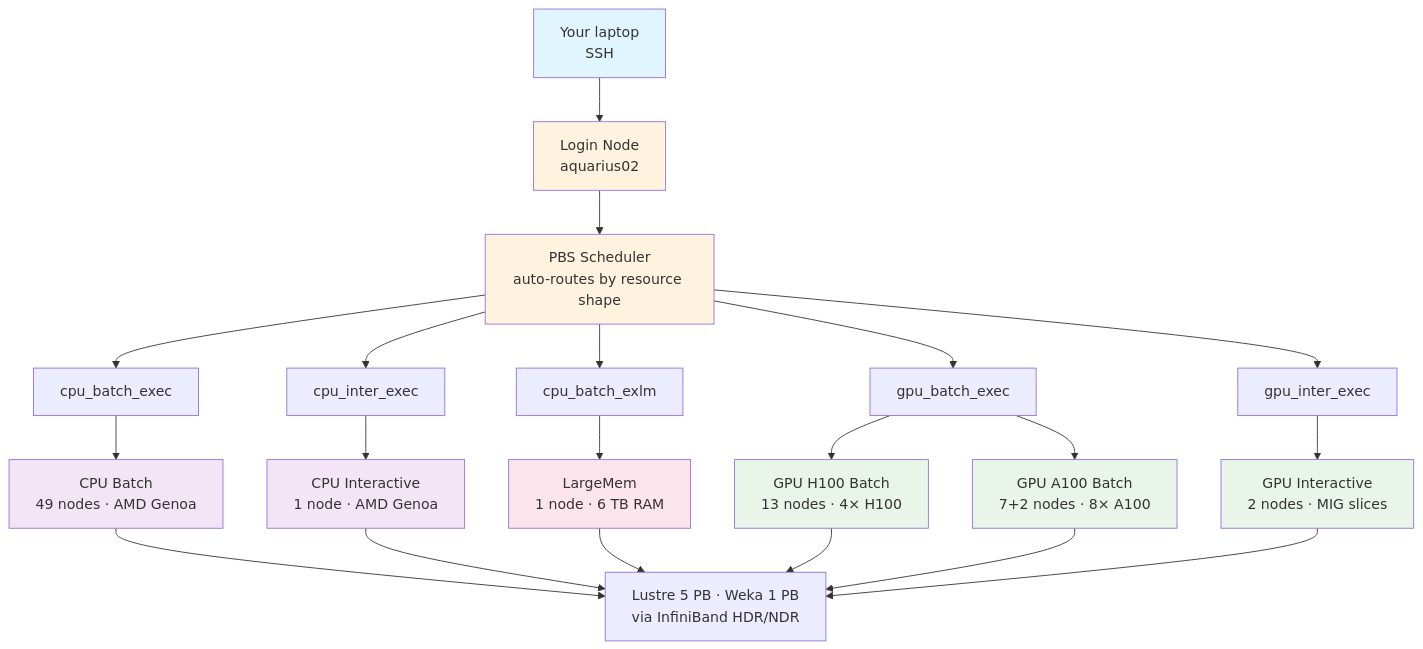
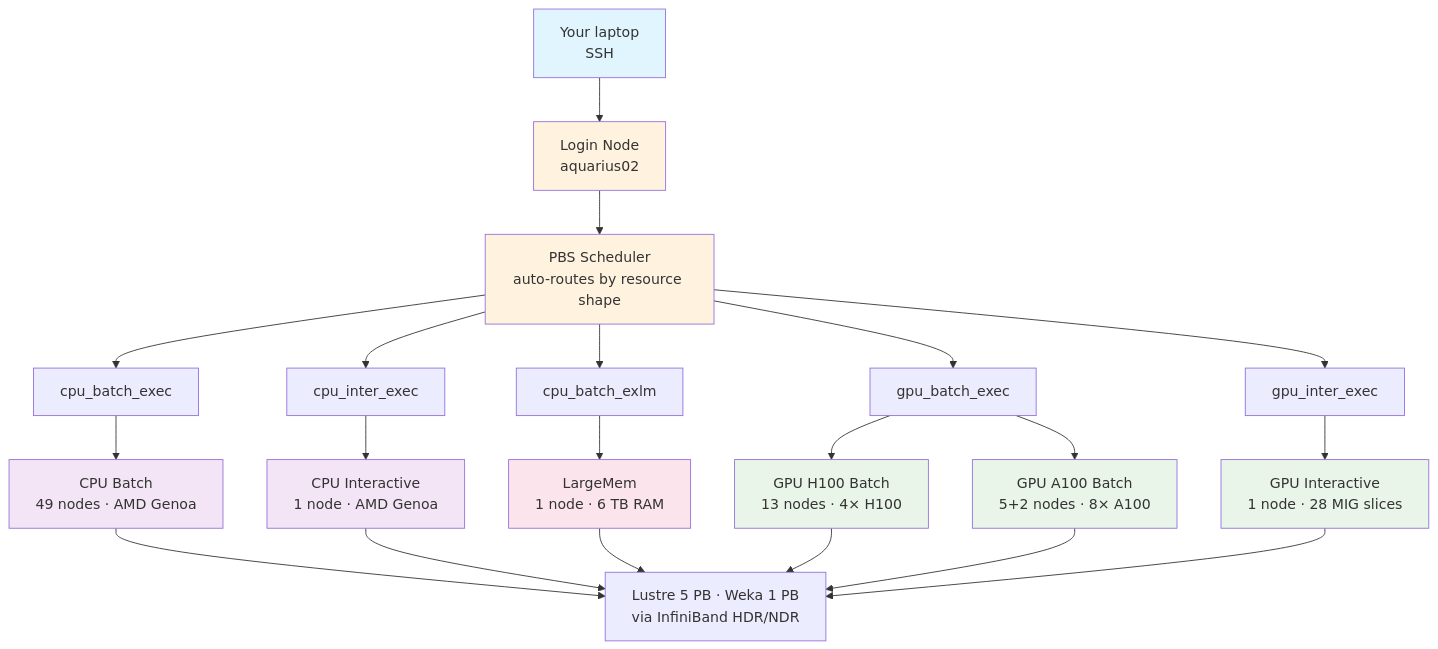
The first of 3 diagrams in docs/scheduler/Know-Your-Nodes.md (ZhipengHe/Walltime-Chronicles), drawn with Mermaid before and after one commit. The commit also changed other lines of this file and 2 other files, not shown here.

First line of the commit message:
docs: correct the interactive GPU and A100 node facts against PBS

````diff
--- a/docs/scheduler/Know-Your-Nodes.md
+++ b/docs/scheduler/Know-Your-Nodes.md
@@ -12,35 +12,35 @@
 ```mermaid
 graph TB
     User[Your laptop<br/>SSH] --> Login[Login Node<br/>aquarius02]
     Login --> PBS[PBS Scheduler<br/>auto-routes by resource shape]
 
     PBS --> Q1[cpu_batch_exec]
     PBS --> Q2[cpu_inter_exec]
     PBS --> Q3[cpu_batch_exlm]
     PBS --> Q4[gpu_batch_exec]
     PBS --> Q5[gpu_inter_exec]
 
     Q1 --> CPUB[CPU Batch<br/>49 nodes · AMD Genoa]
     Q2 --> CPUI[CPU Interactive<br/>1 node · AMD Genoa]
     Q3 --> LM[LargeMem<br/>1 node · 6 TB RAM]
     Q4 --> GPUH[GPU H100 Batch<br/>13 nodes · 4× H100]
-    Q4 --> GPUA[GPU A100 Batch<br/>7+2 nodes · 8× A100]
-    Q5 --> GPUI[GPU Interactive<br/>2 nodes · MIG slices]
+    Q4 --> GPUA[GPU A100 Batch<br/>5+2 nodes · 8× A100]
+    Q5 --> GPUI[GPU Interactive<br/>1 node · 28 MIG slices]
 
     CPUB --> FS[Lustre 5 PB · Weka 1 PB<br/>via InfiniBand HDR/NDR]
     CPUI --> FS
     LM --> FS
     GPUH --> FS
     GPUA --> FS
     GPUI --> FS
 
     style User fill:#e1f5fe
     style Login fill:#fff3e0
     style PBS fill:#fff3e0
     style CPUB fill:#f3e5f5
     style CPUI fill:#f3e5f5
     style LM fill:#fce4ec
     style GPUH fill:#e8f5e8
     style GPUA fill:#e8f5e8
     style GPUI fill:#e8f5e8
 ```
````
